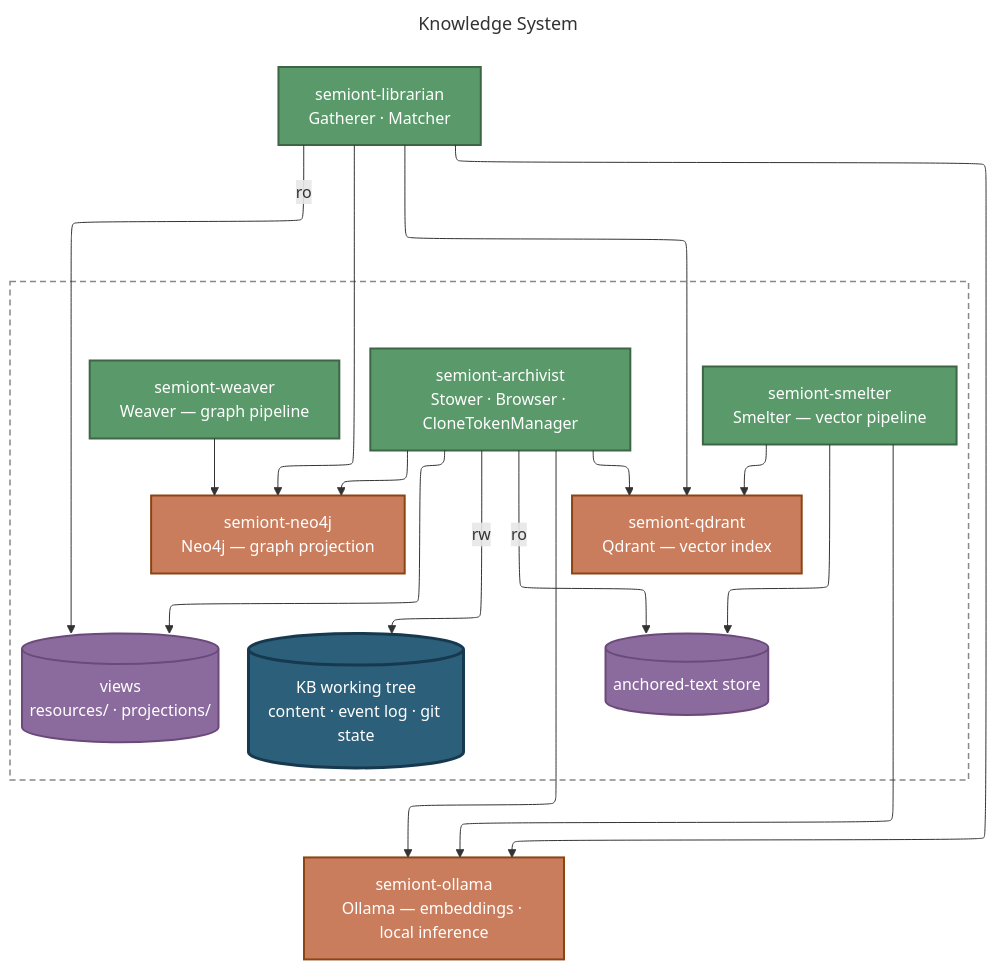
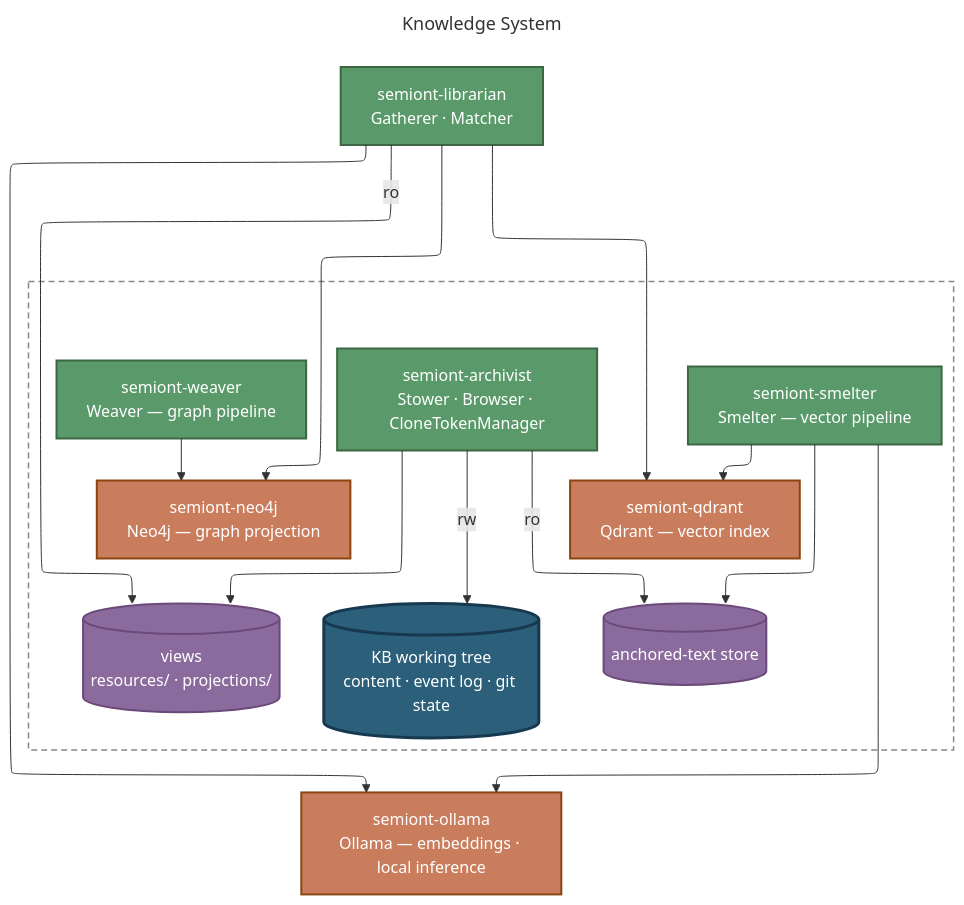
One commit to The-AI-Alliance/semiont changed the diagram in docs/architecture/KNOWLEDGE-SYSTEM.md. Above: the diagram before and after it, drawn with Mermaid. The commit also changed other lines of this file and 296 other files, not shown here.

````diff
--- a/docs/architecture/KNOWLEDGE-SYSTEM.md
+++ b/docs/architecture/KNOWLEDGE-SYSTEM.md
@@ -25,58 +25,55 @@
 ```mermaid
 ---
 title: Knowledge System
 config:
   layout: elk
 ---
 graph TB
     LIB["semiont-librarian<br/>Gatherer · Matcher"]
 
     subgraph G2 [" "]
         SMELT["semiont-smelter<br/>Smelter — vector pipeline"]
         WEAVE["semiont-weaver<br/>Weaver — graph pipeline"]
         ARCH["semiont-archivist<br/>Stower · Browser · CloneTokenManager"]
         QD["semiont-qdrant<br/>Qdrant — vector index"]
         NEO["semiont-neo4j<br/>Neo4j — graph projection"]
         ANCH[("anchored-text store")]
         VIEWS[("views<br/>resources/ · projections/")]
         TREE[("KB working tree<br/>content · event log · git state")]
     end
 
     OL["semiont-ollama<br/>Ollama — embeddings · local inference"]
 
     ARCH -->|rw| TREE
     ARCH --> VIEWS
     LIB -->|ro| VIEWS
     SMELT --> ANCH
     ARCH -->|ro| ANCH
 
     WEAVE --> NEO
-    ARCH --> NEO
     LIB --> NEO
     SMELT --> QD
-    ARCH --> QD
     LIB --> QD
     SMELT --> OL
-    ARCH --> OL
     LIB --> OL
 
     classDef svc fill:#5a9a6a,stroke:#3d6644,stroke-width:2px,color:#fff
     classDef infra fill:#c97d5d,stroke:#8b4513,stroke-width:2px,color:#fff
     classDef store fill:#8b6b9d,stroke:#6b4a7a,stroke-width:2px,color:#fff
     classDef record fill:#2c5f7a,stroke:#16394f,stroke-width:3px,color:#fff
 
     class LIB,SMELT,WEAVE,ARCH svc
     class QD,NEO,OL infra
     class ANCH,VIEWS store
     class TREE record
 
     LIB ~~~ SMELT
     LIB ~~~ WEAVE
     LIB ~~~ ARCH
     TREE ~~~ OL
     NEO ~~~ TREE
     NEO ~~~ VIEWS
     QD ~~~ ANCH
 
     style G2 fill:none,stroke:#888,stroke-width:1.5px,stroke-dasharray:6 4
 ```
````
